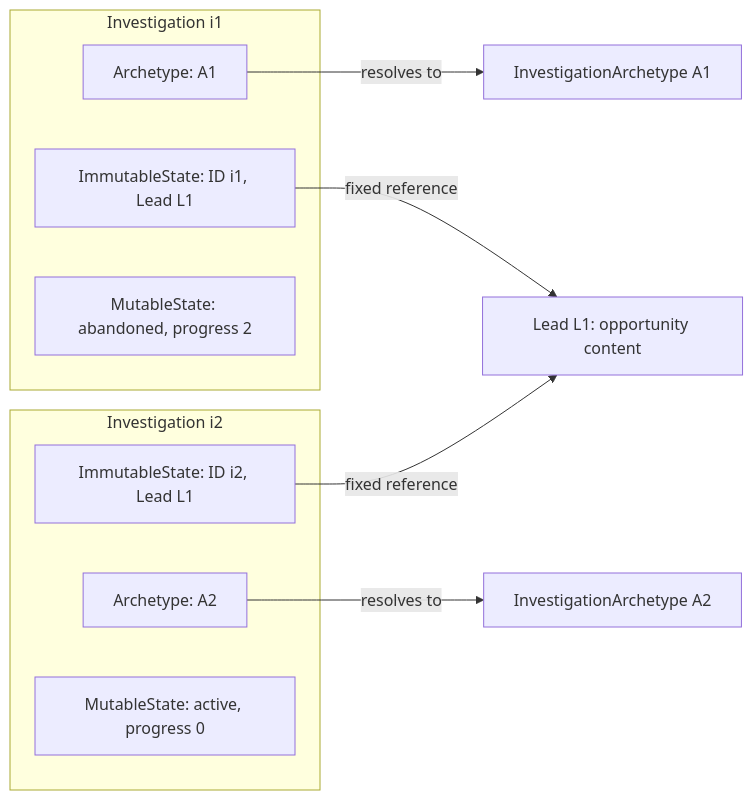
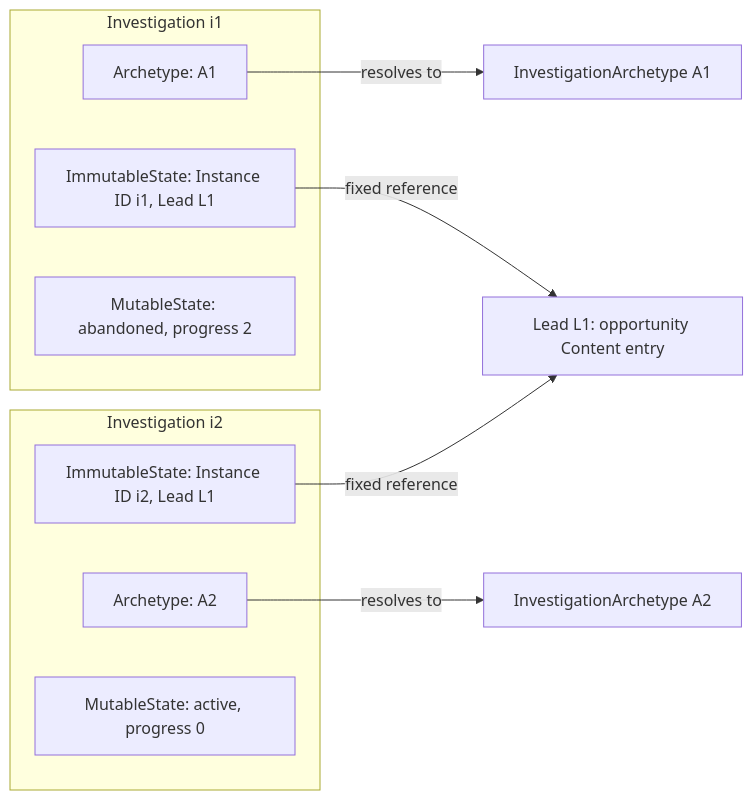
One commit to konrad-jamrozik/game-v5 changed the third of 3 diagrams in docs/specs/foundation/modeling-foundations.md. Above: the diagram before and after it, drawn with Mermaid. The commit also changed other lines of this file and 26 other files, not shown here.

````diff
--- a/docs/specs/foundation/modeling-foundations.md
+++ b/docs/specs/foundation/modeling-foundations.md
@@ -236,20 +257,20 @@
 ```mermaid
 flowchart LR
-    L["Lead L1: opportunity content"]
+    L["Lead L1: opportunity Content entry"]
     A1["InvestigationArchetype A1"]
     A2["InvestigationArchetype A2"]
     subgraph I1["Investigation i1"]
         C1["Archetype: A1"]
-        F1["ImmutableState: ID i1, Lead L1"]
+        F1["ImmutableState: Instance ID i1, Lead L1"]
         M1["MutableState: abandoned, progress 2"]
     end
     subgraph I2["Investigation i2"]
         C2["Archetype: A2"]
-        F2["ImmutableState: ID i2, Lead L1"]
+        F2["ImmutableState: Instance ID i2, Lead L1"]
         M2["MutableState: active, progress 0"]
     end
     C1 -->|resolves to| A1
     C2 -->|resolves to| A2
     F1 -->|fixed reference| L
     F2 -->|fixed reference| L
 ```
````
